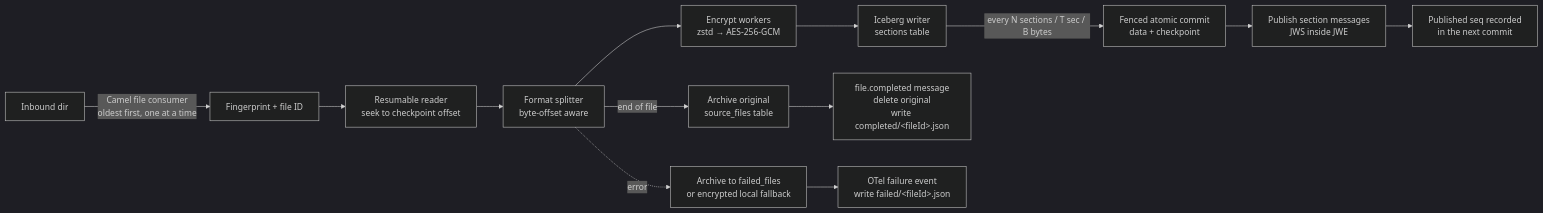
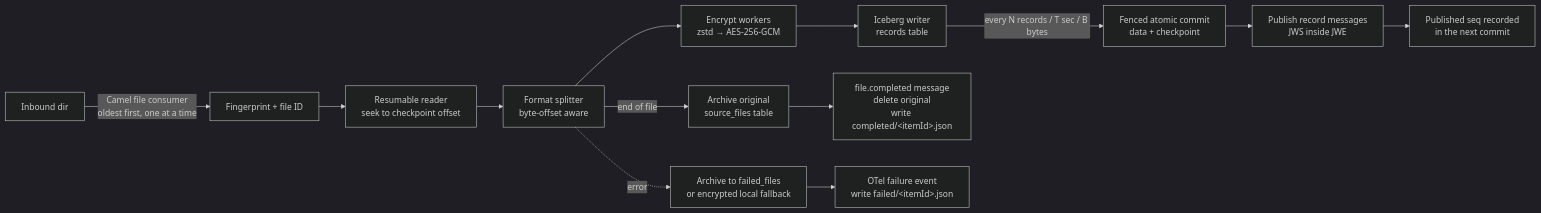
One commit to BandedHawk/healthcare-source-connectors changed the first of 3 diagrams in docs/DESIGN.md. Above: the diagram before and after it, drawn with Mermaid (dark theme). The commit also changed other lines of this file and 272 other files, not shown here.

````diff
--- a/docs/DESIGN.md
+++ b/docs/DESIGN.md
@@ -301,15 +307,15 @@
 ```mermaid
 flowchart LR
   A[Inbound dir] -->|Camel file consumer<br/>oldest first, one at a time| B[Fingerprint + file ID]
   B --> C[Resumable reader<br/>seek to checkpoint offset]
   C --> D[Format splitter<br/>byte-offset aware]
   D --> E[Encrypt workers<br/>zstd → AES-256-GCM]
-  E --> F[Iceberg writer<br/>sections table]
-  F -->|every N sections / T sec / B bytes| G[Fenced atomic commit<br/>data + checkpoint]
-  G --> H[Publish section messages<br/>JWS inside JWE]
+  E --> F[Iceberg writer<br/>records table]
+  F -->|every N records / T sec / B bytes| G[Fenced atomic commit<br/>data + checkpoint]
+  G --> H[Publish record messages<br/>JWS inside JWE]
   H --> I[Published seq recorded<br/>in the next commit]
   D -->|end of file| J[Archive original<br/>source_files table]
-  J --> K[file.completed message<br/>delete original<br/>write completed/&lt;fileId&gt;.json]
+  J --> K[file.completed message<br/>delete original<br/>write completed/&lt;itemId&gt;.json]
   D -. error .-> L[Archive to failed_files<br/>or encrypted local fallback]
-  L --> M[OTel failure event<br/>write failed/&lt;fileId&gt;.json]
+  L --> M[OTel failure event<br/>write failed/&lt;itemId&gt;.json]
 ```
````
